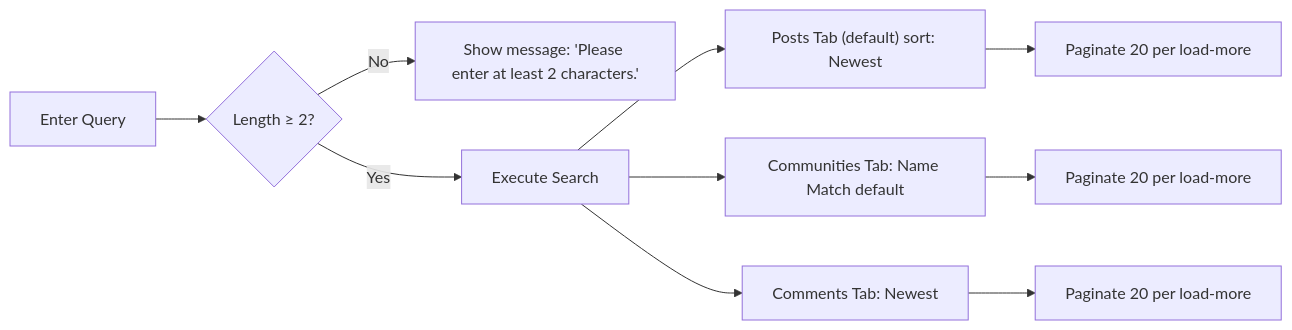
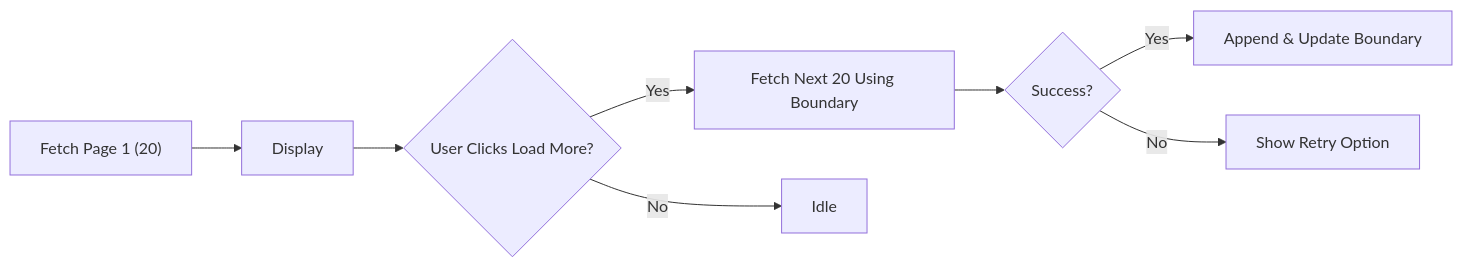
The sixth of 8 diagrams in docs/analysis/00-toc.md (wrtnlabs/autobe-example-reddit-openai-gpt-5), drawn with Mermaid before and after one commit. The commit also changed other lines of this file and 721 other files, not shown here.

````diff
--- a/docs/analysis/00-toc.md
+++ b/docs/analysis/00-toc.md
@@ -140,12 +309,10 @@
 ```mermaid
 graph LR
-  Q["Enter Query"] --> R{"Length ≥ 2?"}
-  R -->|"No"| M["Show message: 'Please enter at least 2 characters.'"]
-  R -->|"Yes"| T["Execute Search"]
-  T --> P["Posts Tab (default) sort: Newest"]
-  T --> C["Communities Tab: Name Match default"]
-  T --> K["Comments Tab: Newest"]
-  P --> E["Paginate 20 per load-more"]
-  C --> F["Paginate 20 per load-more"]
-  K --> G["Paginate 20 per load-more"]
+  A["Fetch Page 1 (20)"] --> B["Display"]
+  B --> C{"User Clicks Load More?"}
+  C -->|"Yes"| D["Fetch Next 20 Using Boundary"]
+  C -->|"No"| E["Idle"]
+  D --> F{"Success?"}
+  F -->|"Yes"| G["Append & Update Boundary"]
+  F -->|"No"| H["Show Retry Option"]
 ```
````
